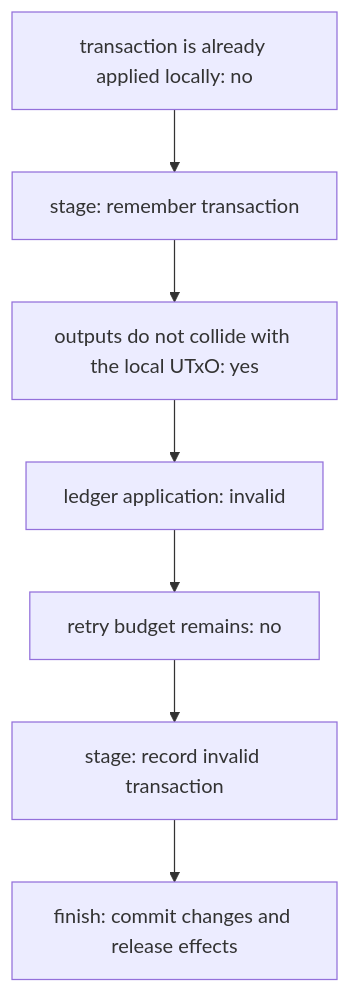
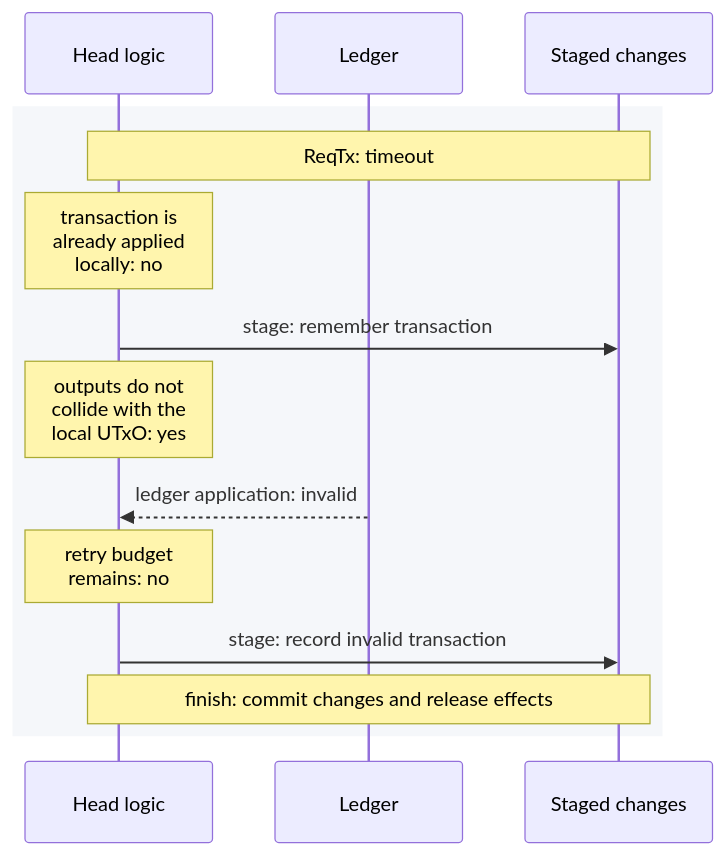
The fourth of 6 diagrams in docs/docs/dev/architecture/head-logic-traces/README.md (cardano-scaling/hydra), drawn with Mermaid before and after one commit. The commit also changed other lines of this file and 25 other files, not shown here.

Commit message:
re-org diagrams

````diff
--- a/docs/docs/dev/architecture/head-logic-traces/README.md
+++ b/docs/docs/dev/architecture/head-logic-traces/README.md
@@ -87,16 +88,17 @@
 ```mermaid
-flowchart TD
-  n0["transaction is already applied locally: no"]
-  n1["stage: remember transaction"]
-  n2["outputs do not collide with the local UTxO: yes"]
-  n3["ledger application: invalid"]
-  n4["retry budget remains: no"]
-  n5["stage: record invalid transaction"]
-  n6["finish: commit changes and release effects"]
-  n0 --> n1
-  n1 --> n2
-  n2 --> n3
-  n3 --> n4
-  n4 --> n5
-  n5 --> n6
+%%{init: {"sequence": {"wrap": true}}}%%
+sequenceDiagram
+  participant logic as Head logic
+  participant ledger as Ledger
+  participant changes as Staged changes
+  rect rgb(245, 247, 250)
+    Note over logic,changes: ReqTx: timeout
+    Note over logic: transaction is already applied locally: no
+    logic->>changes: stage: remember transaction
+    Note over logic: outputs do not collide with the local UTxO: yes
+    ledger-->>logic: ledger application: invalid
+    Note over logic: retry budget remains: no
+    logic->>changes: stage: record invalid transaction
+    Note over logic,changes: finish: commit changes and release effects
+  end
 ```
````
